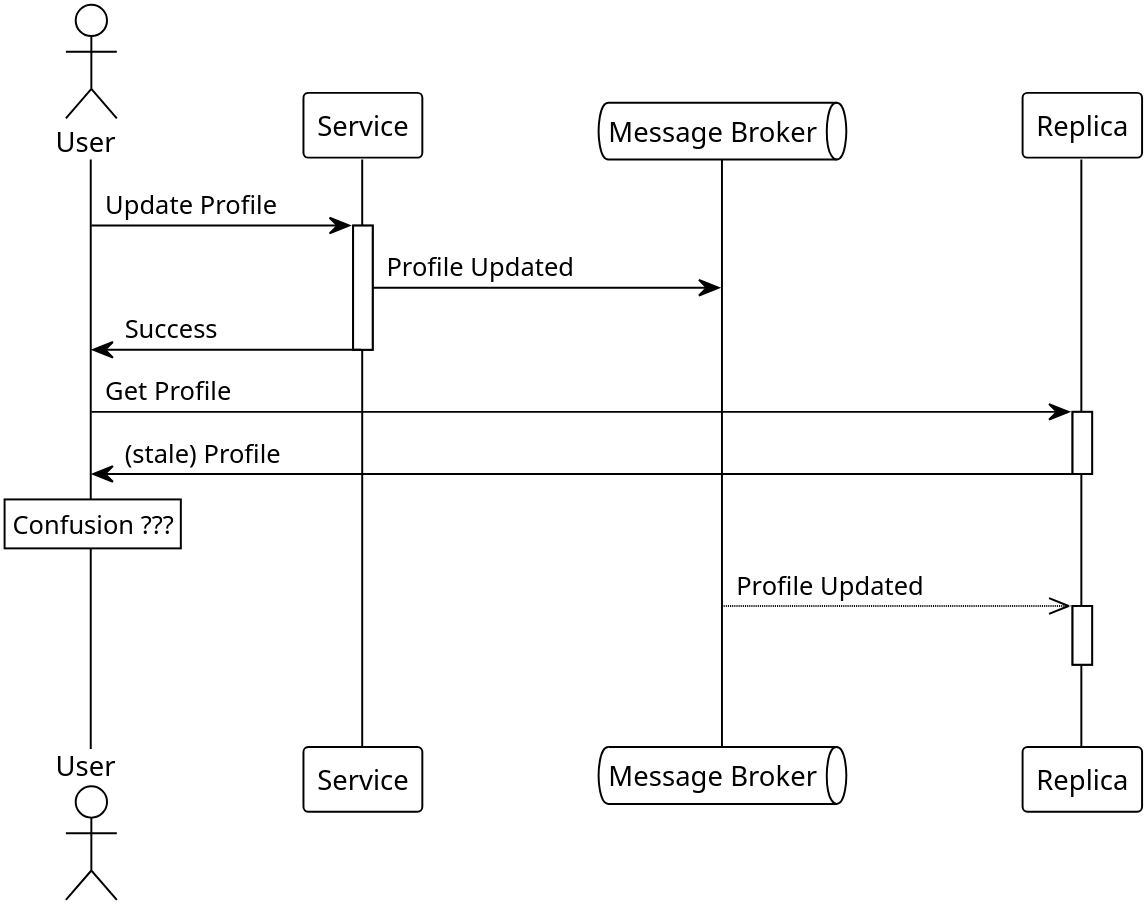
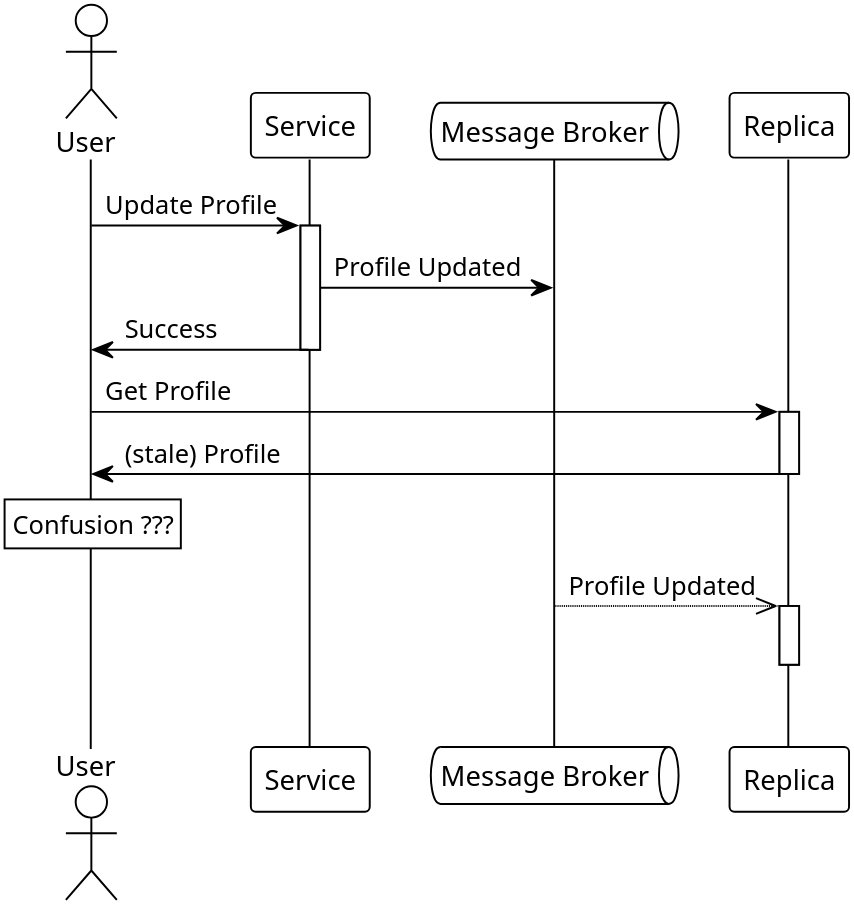
The diagram in Event-Driven-Architecture-in-Golang/Chapter06/docs/Diagrams/read_after_write.puml (imaginestudio-ai/golang-ninja), drawn with PlantUML before and after one commit. The commit also changed 5786 other files, not shown here.

```diff
--- a/Event-Driven-Architecture-in-Golang/Chapter06/docs/Diagrams/read_after_write.puml
+++ b/Event-Driven-Architecture-in-Golang/Chapter06/docs/Diagrams/read_after_write.puml
@@ -1,21 +1,21 @@
 @startuml
 !theme plain
 skinparam dpi 400
 skinparam defaultFontName Jetbrains Mono
-skinparam ParticipantPadding 80
+'skinparam ParticipantPadding 80
 
 actor User as u
 participant Service as s
 queue "Message Broker" as b
 participant Replica as r
 
 u -> s ++ : Update Profile
 s -> b : Profile Updated
 s -> u -- : Success
 u -> r ++ : Get Profile
 r -> u -- : (stale) Profile
 rnote over u : Confusion ???
 b -->> r ++ : Profile Updated
 |||
 deactivate r
 @enduml
```
